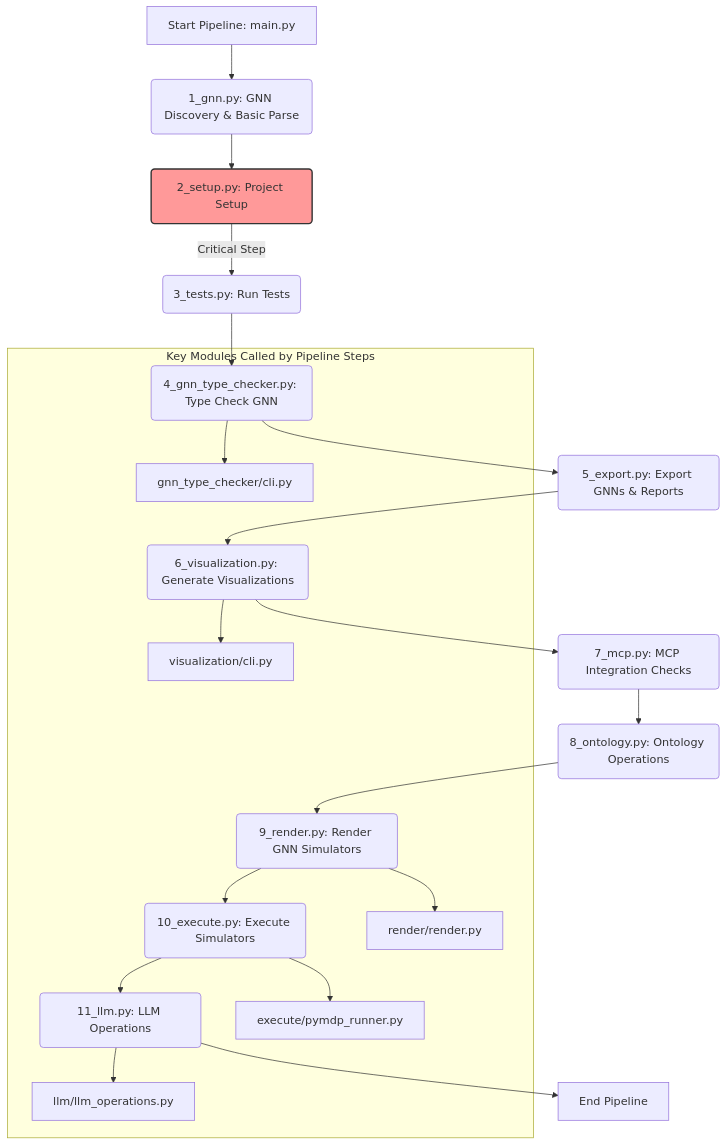
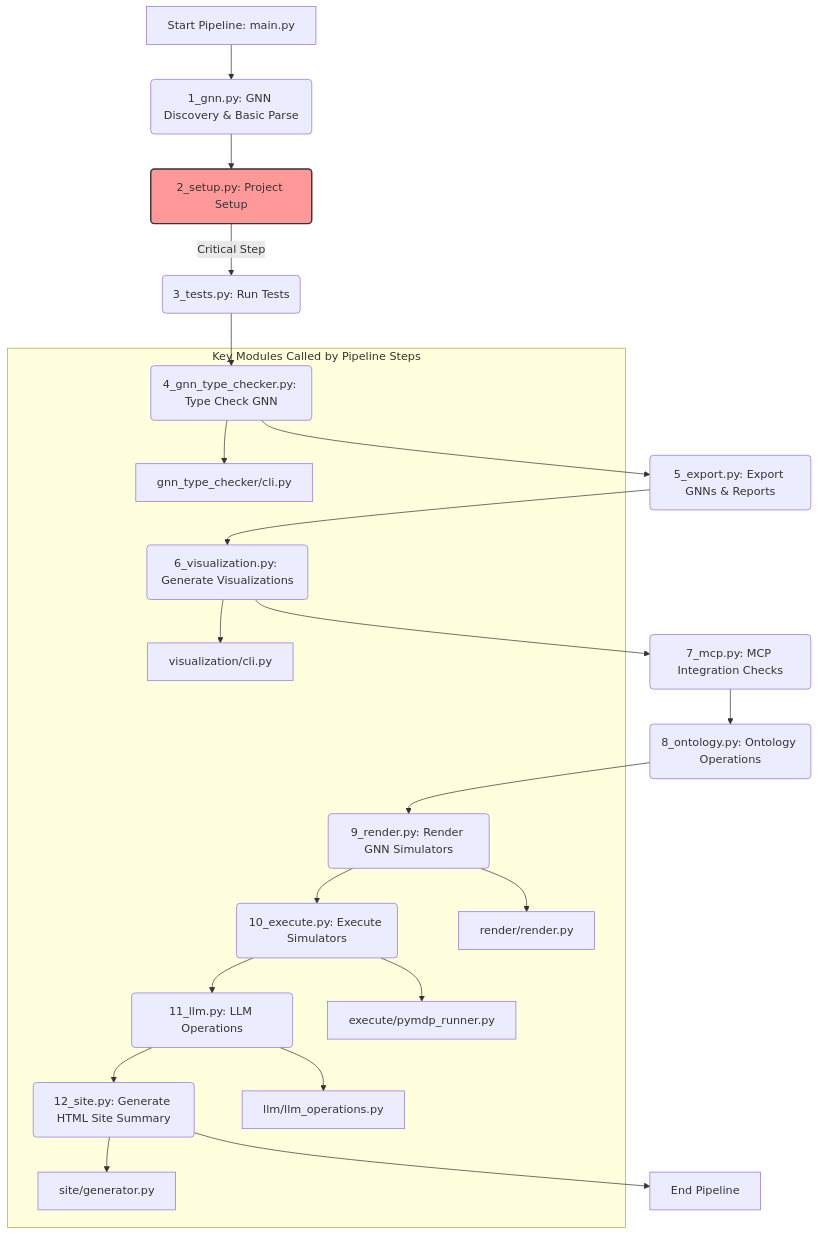
One commit to ActiveInferenceInstitute/GeneralizedNotationNotation changed the diagram in src/README.md. Above: the diagram before and after it, drawn with Mermaid. The commit also changed other lines of this file and 66 other files, not shown here.

````diff
--- a/src/README.md
+++ b/src/README.md
@@ -20,25 +20,27 @@
 ```mermaid
 graph TD
     A[Start Pipeline: main.py] --> B(1_gnn.py: GNN Discovery & Basic Parse);
     B --> C(2_setup.py: Project Setup);
     C -- Critical Step --> D(3_tests.py: Run Tests);
     D --> E(4_gnn_type_checker.py: Type Check GNN);
     E --> F(5_export.py: Export GNNs & Reports);
     F --> G(6_visualization.py: Generate Visualizations);
     G --> H(7_mcp.py: MCP Integration Checks);
     H --> I(8_ontology.py: Ontology Operations);
     I --> J(9_render.py: Render GNN Simulators);
     J --> K(10_execute.py: Execute Simulators);
     K --> L(11_llm.py: LLM Operations);
-    L --> Z[End Pipeline];
+    L --> M(12_site.py: Generate HTML Site Summary);
+    M --> Z[End Pipeline];
 
     subgraph Key Modules Called by Pipeline Steps
         E --> E1[gnn_type_checker/cli.py];
         G --> G1[visualization/cli.py];
         J --> J1[render/render.py];
         K --> K1[execute/pymdp_runner.py];
         L --> L1[llm/llm_operations.py];
+        M --> M1[site/generator.py];
     end
 
     style C fill:#f99,stroke:#333,stroke-width:2px;
 ```
````
